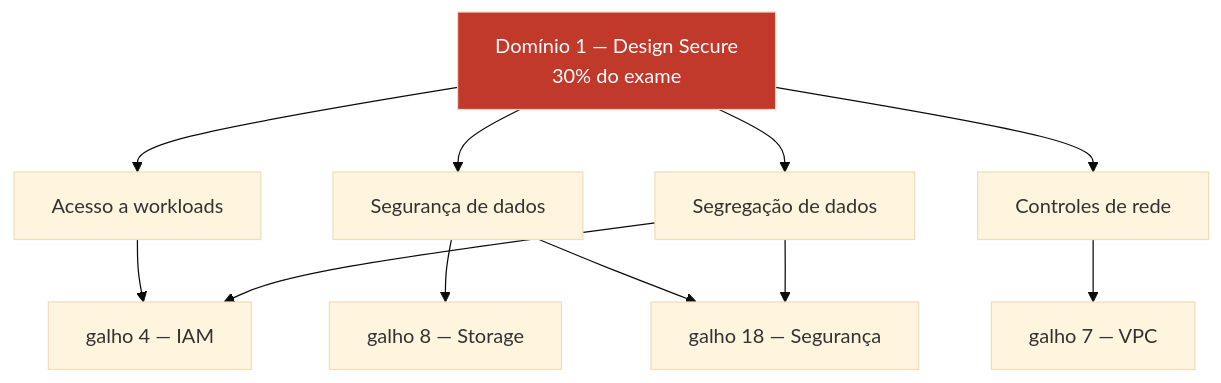
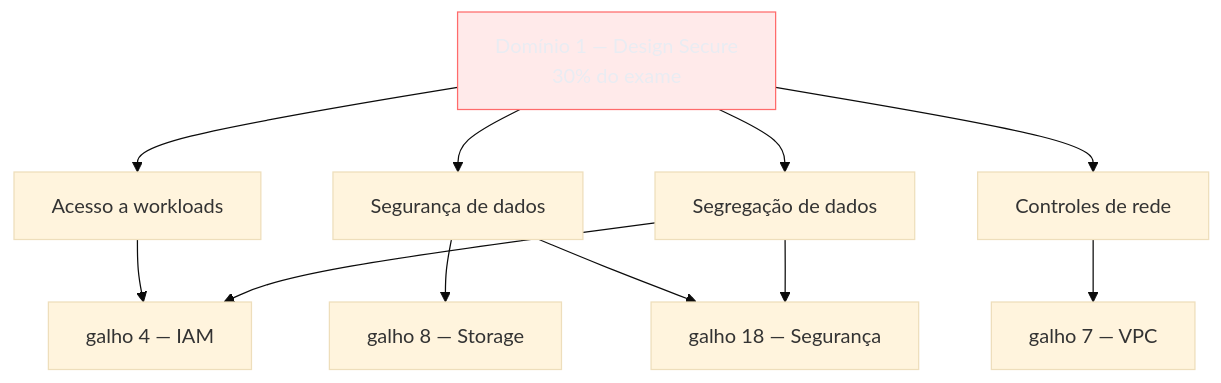
One commit to josenaldo/codex-technomanticus changed the second of 2 diagrams in 03-Dominios/Tecnologia/Cloud/24 - Certificação AWS Solutions Architect Associate/03 - Mapa da trilha ao blueprint.md. Above: the diagram before and after it, drawn with Mermaid (base theme). The commit also changed other lines of this file and 1181 other files, not shown here.

First line of the commit message:
fix(diagramas): paleta do sistema no lugar de cor cravada no markdown

````diff
--- a/03-Dominios/Tecnologia/Cloud/24 - Certificação AWS Solutions Architect Associate/03 - Mapa da trilha ao blueprint.md
+++ b/03-Dominios/Tecnologia/Cloud/24 - Certificação AWS Solutions Architect Associate/03 - Mapa da trilha ao blueprint.md
@@ -105,17 +110,18 @@
 ```mermaid
 flowchart TD
+    classDef falha fill:#FF6B6B24,stroke:#FF6B6B,color:#E9ECF2
     D1["Domínio 1 — Design Secure<br/>30% do exame"]
     D1 --> T1["Acesso a workloads"]
     D1 --> T2["Segurança de dados"]
     D1 --> T3["Controles de rede"]
     D1 --> T4["Segregação de dados"]
 
     T1 --> G4["galho 4 — IAM"]
     T2 --> G8["galho 8 — Storage"]
     T2 --> G18["galho 18 — Segurança"]
     T3 --> G7["galho 7 — VPC"]
     T4 --> G4
     T4 --> G18
 
-    style D1 fill:#c0392b,color:#fff
+    class D1 falha
 ```
````
